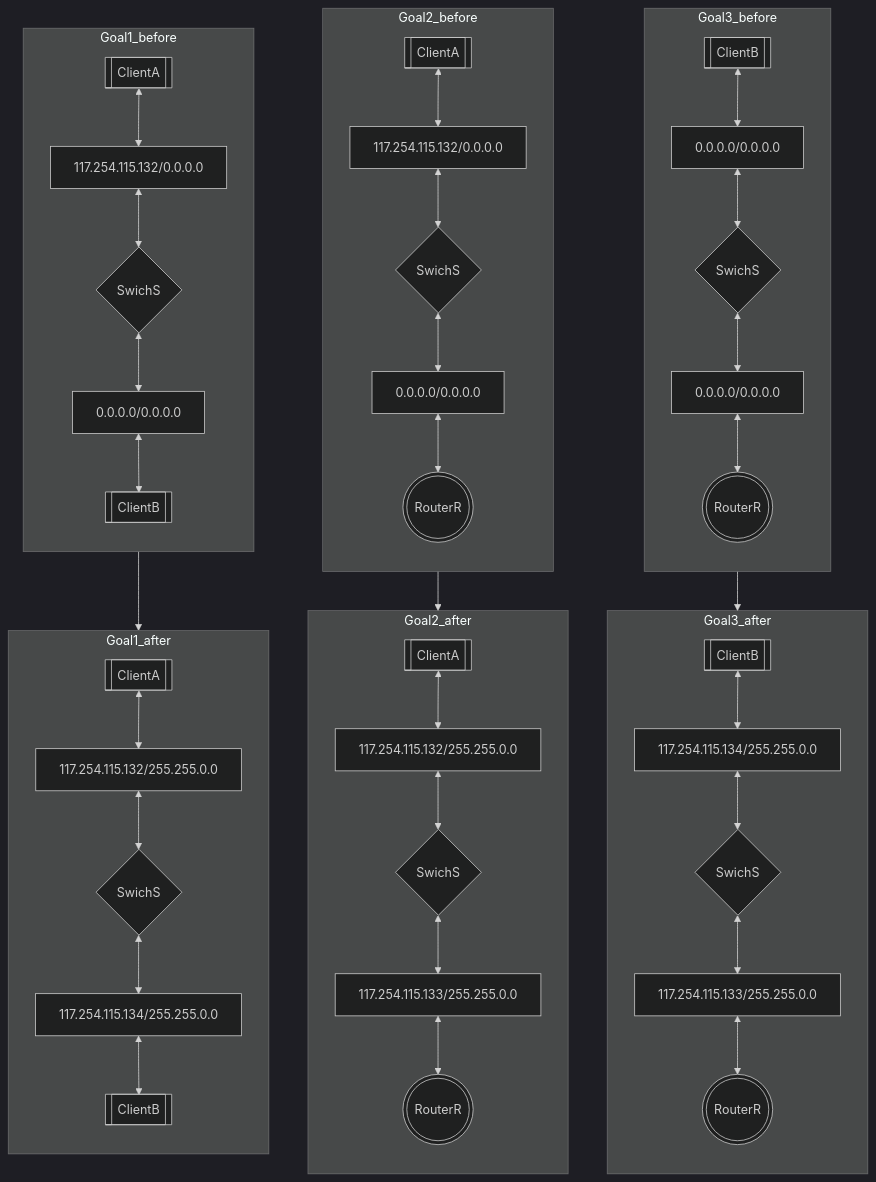
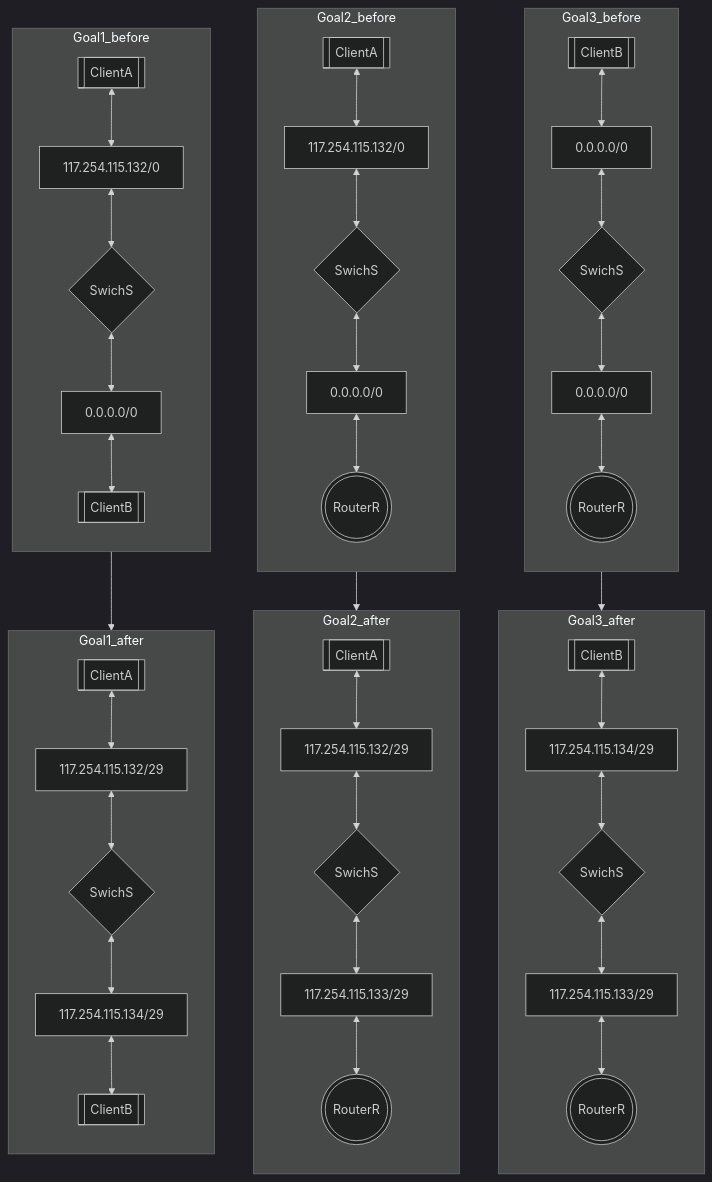
The second of 2 diagrams in level4.md (rikeda-cloud/net_practice), drawn with Mermaid before and after one commit. The commit also changed 4 other files, not shown here.

````diff
--- a/level4.md
+++ b/level4.md
@@ -36,67 +36,67 @@
 ```mermaid
 %%{init:{'theme': 'dark'}}%%
 flowchart
 Goal3_before-->Goal3_after
 subgraph Goal3_before
     direction TB
     G3_BE_CL_B[[ClientB]]
     G3_BE_RR(((RouterR)))
-    G3_BE_IF_B[0.0.0.0/0.0.0.0]
-    G3_BE_IF_R1[0.0.0.0/0.0.0.0]
+    G3_BE_IF_B[0.0.0.0/0]
+    G3_BE_IF_R1[0.0.0.0/0]
     G3_BE_S{SwichS}
     G3_BE_CL_B<-->G3_BE_IF_B<-->G3_BE_S<-->G3_BE_IF_R1<-->G3_BE_RR
 end
 
 subgraph Goal3_after
     direction TB
     G3_AF_CL_B[[ClientB]]
     G3_AF_RR(((RouterR)))
-    G3_AF_IF_B[117.254.115.134/255.255.0.0]
-    G3_AF_IF_R1[117.254.115.133/255.255.0.0]
+    G3_AF_IF_B[117.254.115.134/29]
+    G3_AF_IF_R1[117.254.115.133/29]
     G3_AF_S{SwichS}
     G3_AF_CL_B<-->G3_AF_IF_B<-->G3_AF_S<-->G3_AF_IF_R1<-->G3_AF_RR
 end
 
 Goal2_before-->Goal2_after
 subgraph Goal2_before
     direction TB
     G2_BE_CL_A[[ClientA]]
     G2_BE_RR(((RouterR)))
-    G2_BE_IF_A[117.254.115.132/0.0.0.0]
-    G2_BE_IF_R1[0.0.0.0/0.0.0.0]
+    G2_BE_IF_A[117.254.115.132/0]
+    G2_BE_IF_R1[0.0.0.0/0]
     G2_BE_S{SwichS}
     G2_BE_CL_A<-->G2_BE_IF_A<-->G2_BE_S<-->G2_BE_IF_R1<-->G2_BE_RR
 end
 
 subgraph Goal2_after
     direction TB
     G2_AF_CL_A[[ClientA]]
     G2_AF_RR(((RouterR)))
-    G2_AF_IF_A[117.254.115.132/255.255.0.0]
-    G2_AF_IF_R1[117.254.115.133/255.255.0.0]
+    G2_AF_IF_A[117.254.115.132/29]
+    G2_AF_IF_R1[117.254.115.133/29]
     G2_AF_S{SwichS}
     G2_AF_CL_A<-->G2_AF_IF_A<-->G2_AF_S<-->G2_AF_IF_R1<-->G2_AF_RR
 end
 
 
 Goal1_before-->Goal1_after
 subgraph Goal1_before
     direction TB
     G1_BE_CL_A[[ClientA]]
     G1_BE_CL_B[[ClientB]]
-    G1_BE_IF_A[117.254.115.132/0.0.0.0]
-    G1_BE_IF_B[0.0.0.0/0.0.0.0]
+    G1_BE_IF_A[117.254.115.132/0]
+    G1_BE_IF_B[0.0.0.0/0]
     G1_BE_S{SwichS}
     G1_BE_CL_A<-->G1_BE_IF_A<-->G1_BE_S<-->G1_BE_IF_B<-->G1_BE_CL_B
 end
 
 subgraph Goal1_after
     direction TB
     G1_AF_CL_A[[ClientA]]
     G1_AF_CL_B[[ClientB]]
-    G1_AF_IF_A[117.254.115.132/255.255.0.0]
-    G1_AF_IF_B[117.254.115.134/255.255.0.0]
+    G1_AF_IF_A[117.254.115.132/29]
+    G1_AF_IF_B[117.254.115.134/29]
     G1_AF_S{SwichS}
     G1_AF_CL_A<-->G1_AF_IF_A<-->G1_AF_S<-->G1_AF_IF_B<-->G1_AF_CL_B
 end
 ```
````
